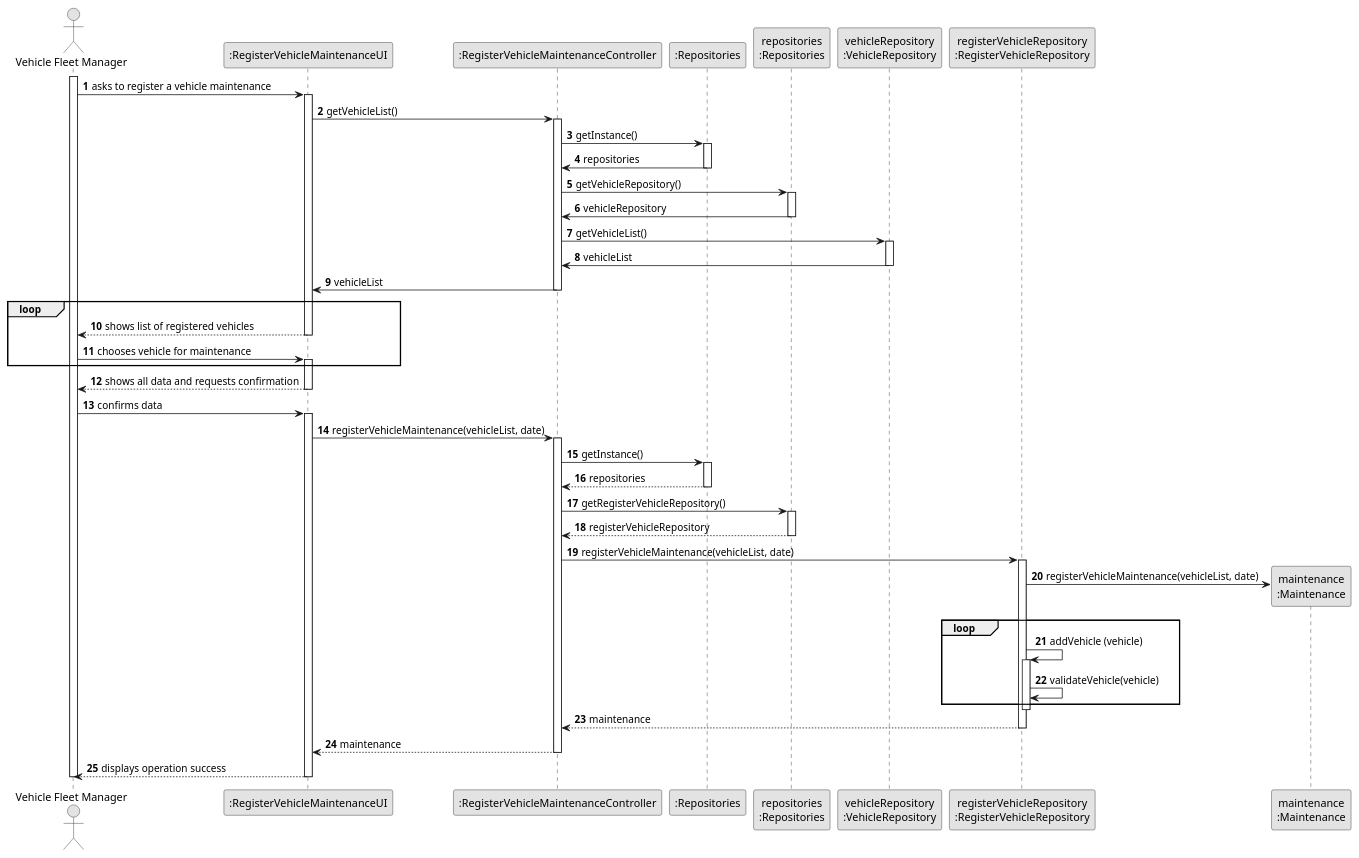
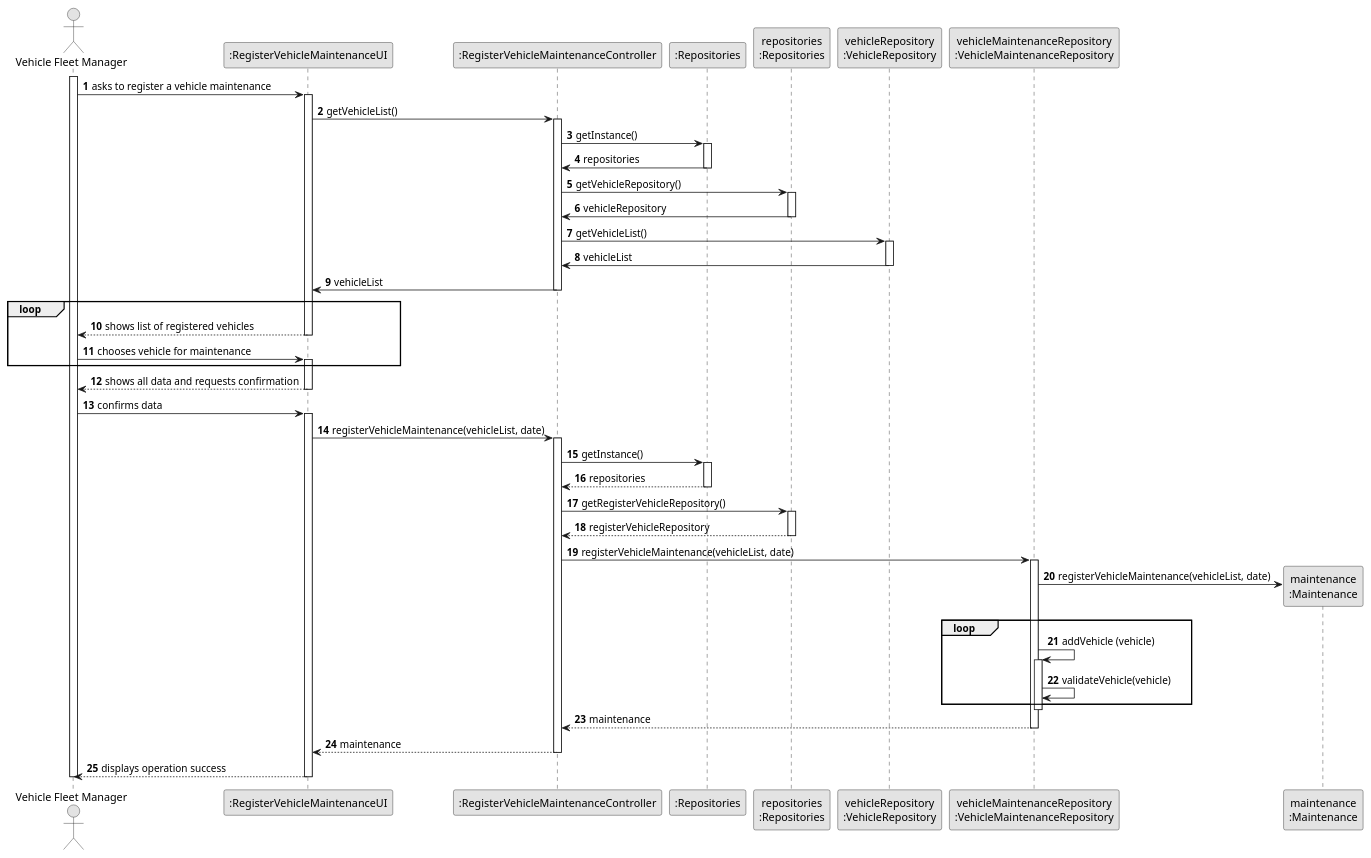
The diagram in docs/sprintB/us007/03.design/puml/us007-sequence-diagram-full.puml (diogoveirospro/lei-24-s2-1dg-g072), drawn with PlantUML before and after one commit. The commit also changed 14 other files, not shown here.

Commit message:
Made changes in the US007 design and class diagram

```diff
--- a/docs/sprintB/us007/03.design/puml/us007-sequence-diagram-full.puml
+++ b/docs/sprintB/us007/03.design/puml/us007-sequence-diagram-full.puml
@@ -1,92 +1,92 @@
 @startuml
 skinparam monochrome true
 skinparam packageStyle rectangle
 skinparam shadowing false
 
 autonumber
 
 'hide footbox
 actor "Vehicle Fleet Manager" as ADM
 participant ":RegisterVehicleMaintenanceUI" as UI
 participant ":RegisterVehicleMaintenanceController" as CTRL
 participant ":Repositories" as RepositorySingleton
 participant "repositories\n:Repositories" as PLAT
 participant "vehicleRepository\n:VehicleRepository" as VREP
-participant "registerVehicleRepository\n:RegisterVehicleRepository" as RegisterVehicleRepository
+participant "vehicleMaintenanceRepository\n:VehicleMaintenanceRepository" as RegisterVehicleRepository
 participant "maintenance\n:Maintenance" as MAINTENANCE
 
 activate ADM
 
         ADM -> UI : asks to register a vehicle maintenance
 
         activate UI
         UI -> CTRL : getVehicleList()
             activate CTRL
             CTRL -> RepositorySingleton : getInstance()
             activate RepositorySingleton
 
                 RepositorySingleton -> CTRL : repositories
             deactivate RepositorySingleton
             CTRL -> PLAT : getVehicleRepository()
             activate PLAT
             PLAT -> CTRL : vehicleRepository
             deactivate PLAT
 
             CTRL -> VREP : getVehicleList()
             activate VREP
             VREP -> CTRL : vehicleList
             deactivate VREP
 
             CTRL -> UI : vehicleList
             deactivate CTRL
 
             loop
             UI --> ADM : shows list of registered vehicles
             deactivate UI
 
             ADM -> UI : chooses vehicle for maintenance
             activate UI
             end
             UI --> ADM : shows all data and requests confirmation
             deactivate UI
             ADM -> UI : confirms data
             activate UI
             UI -> CTRL : registerVehicleMaintenance(vehicleList, date)
             activate CTRL
 
                 CTRL -> RepositorySingleton : getInstance()
                 activate RepositorySingleton
 
                     RepositorySingleton --> CTRL: repositories
                 deactivate RepositorySingleton
 
                 CTRL -> PLAT : getRegisterVehicleRepository()
                 activate PLAT
 
                     PLAT --> CTRL: registerVehicleRepository
                 deactivate PLAT
 
                 CTRL -> RegisterVehicleRepository : registerVehicleMaintenance(vehicleList, date)
                 activate RegisterVehicleRepository
 
                 RegisterVehicleRepository -> MAINTENANCE**: registerVehicleMaintenance(vehicleList, date)
 
                 loop
                 RegisterVehicleRepository -> RegisterVehicleRepository: addVehicle (vehicle)
 
                  activate RegisterVehicleRepository
                      RegisterVehicleRepository -> RegisterVehicleRepository: validateVehicle(vehicle)
                  end
                  deactivate RegisterVehicleRepository
                                 RegisterVehicleRepository --> CTRL : maintenance
                             deactivate RegisterVehicleRepository
 
 
             CTRL --> UI: maintenance
             deactivate CTRL
             UI --> ADM: displays operation success
     deactivate UI
 
 deactivate ADM
 
 @enduml
```
